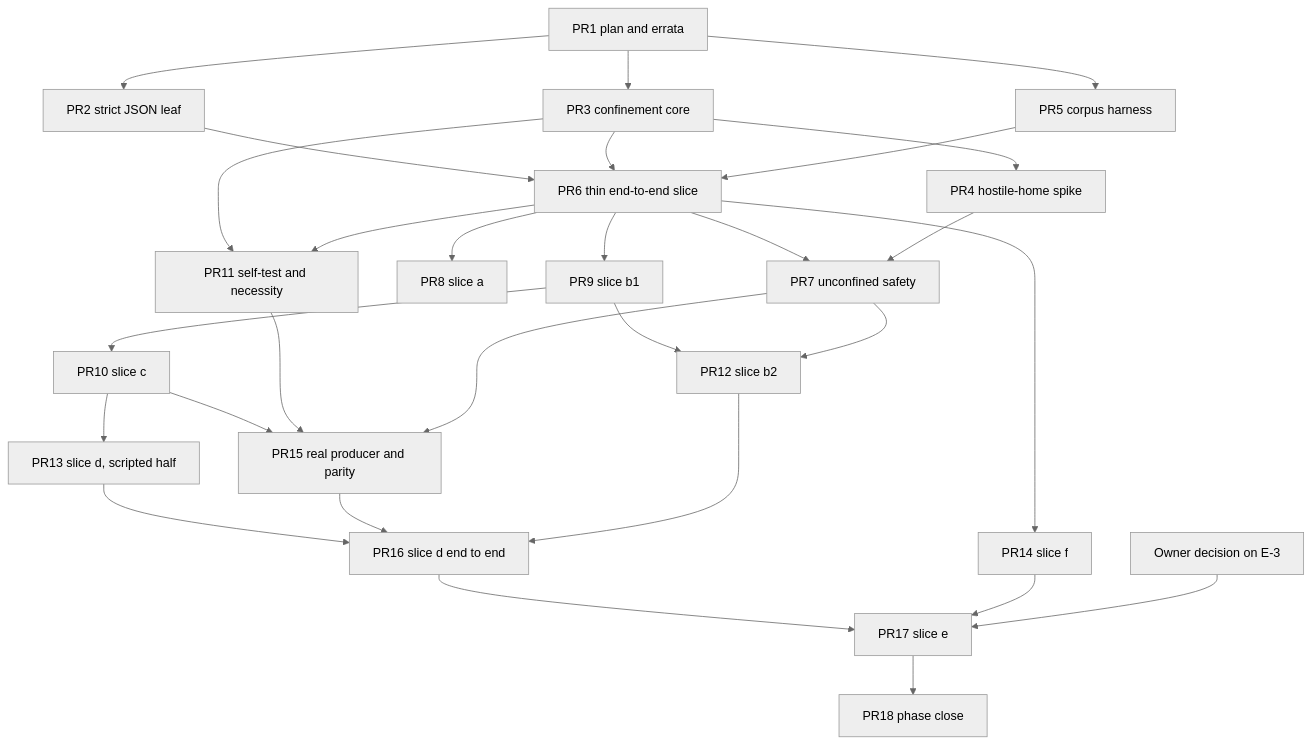
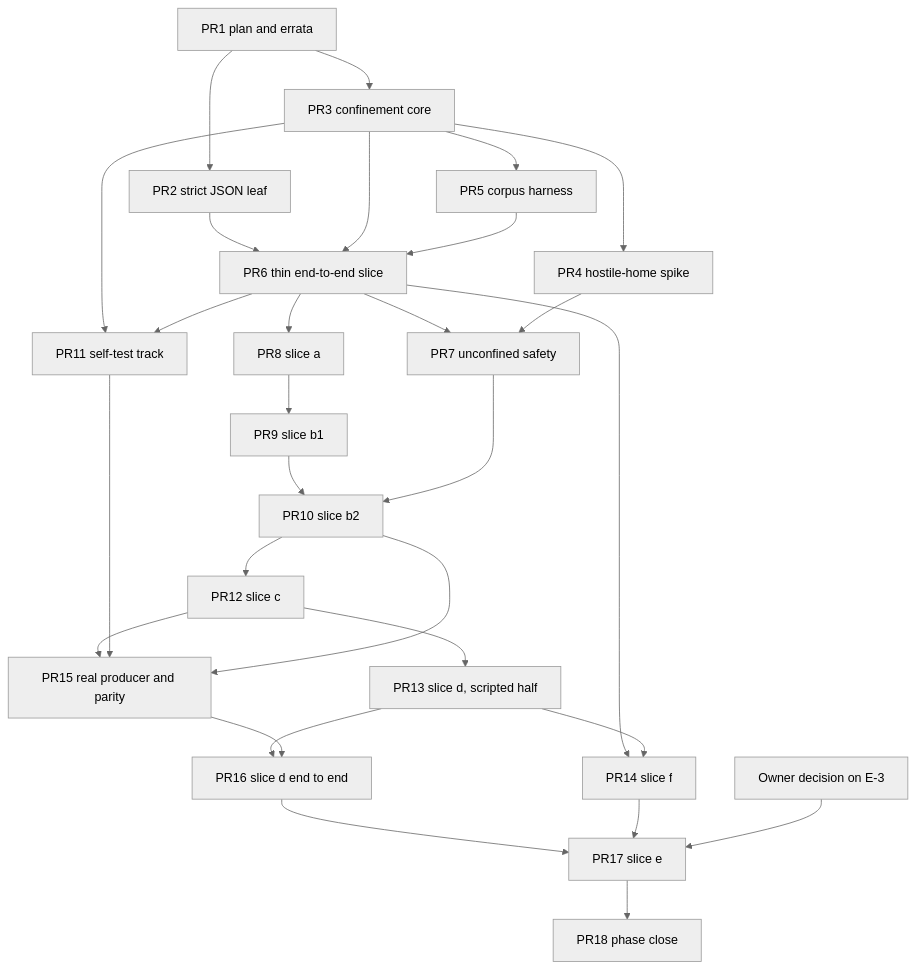
One commit to vinnyp/press-quality-lab changed the diagram in docs/plans/2026-11-24-2115-feat-grade-command-plan.md. Above: the diagram before and after it, drawn with Mermaid (neutral theme). The commit also changed other lines of this file and 1 other file, not shown here.

````diff
--- a/docs/plans/2026-11-24-2115-feat-grade-command-plan.md
+++ b/docs/plans/2026-11-24-2115-feat-grade-command-plan.md
@@ -310,31 +322,31 @@
 ```mermaid
 flowchart TB
   P[PR1 plan and errata] --> J[PR2 strict JSON leaf]
   P --> K[PR3 confinement core]
-  P --> H[PR5 corpus harness]
+  K --> H[PR5 corpus harness]
   K --> S1[PR4 hostile-home spike]
   J --> T[PR6 thin end-to-end slice]
   K --> T
   H --> T
   T --> U[PR7 unconfined safety]
   S1 --> U
   T --> A[PR8 slice a]
-  T --> B1[PR9 slice b1]
-  B1 --> C[PR10 slice c]
-  K --> ST[PR11 self-test and necessity]
+  A --> B1[PR9 slice b1]
+  K --> ST[PR11 self-test track]
   T --> ST
-  B1 --> B2[PR12 slice b2]
+  B1 --> B2[PR10 slice b2]
   U --> B2
+  B2 --> C[PR12 slice c]
   C --> DS[PR13 slice d, scripted half]
   T --> F[PR14 slice f]
+  DS --> F
   C --> RP[PR15 real producer and parity]
   ST --> RP
-  U --> RP
+  B2 --> RP
   DS --> D[PR16 slice d end to end]
   RP --> D
-  B2 --> D
   D --> E[PR17 slice e]
   F --> E
   O[Owner decision on E-3] --> E
   E --> Z[PR18 phase close]
 ```
````
